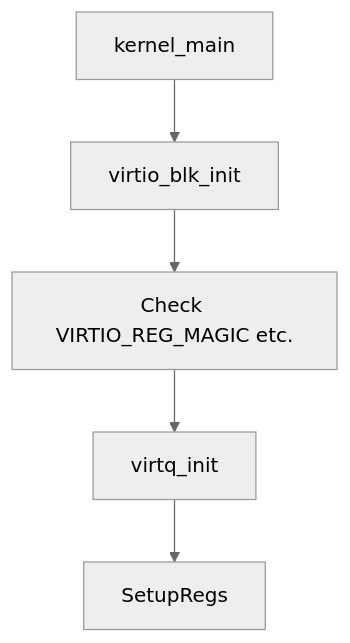
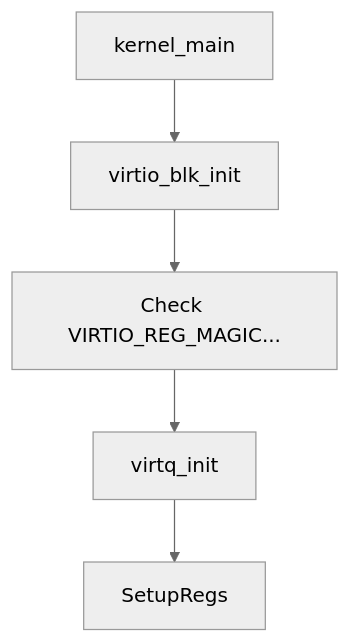
The fifth of 9 diagrams in OS/README.md (phUR99/Project), drawn with Mermaid (neutral theme) before and after one commit. The commit also changed other lines of this file, not shown here.

Commit message:
OS mermaid 오류 수정

````diff
--- a/OS/README.md
+++ b/OS/README.md
@@ -76,7 +77,7 @@
 ```mermaid
 graph TD
     kernel_main --> virtio_blk_init
-    virtio_blk_init --> CheckRegs[Check VIRTIO_REG_MAGIC etc.]
+    virtio_blk_init --> CheckRegs["Check VIRTIO_REG_MAGIC..."]
     CheckRegs --> virtq_init
     virtq_init --> SetupRegs
 ```
````
